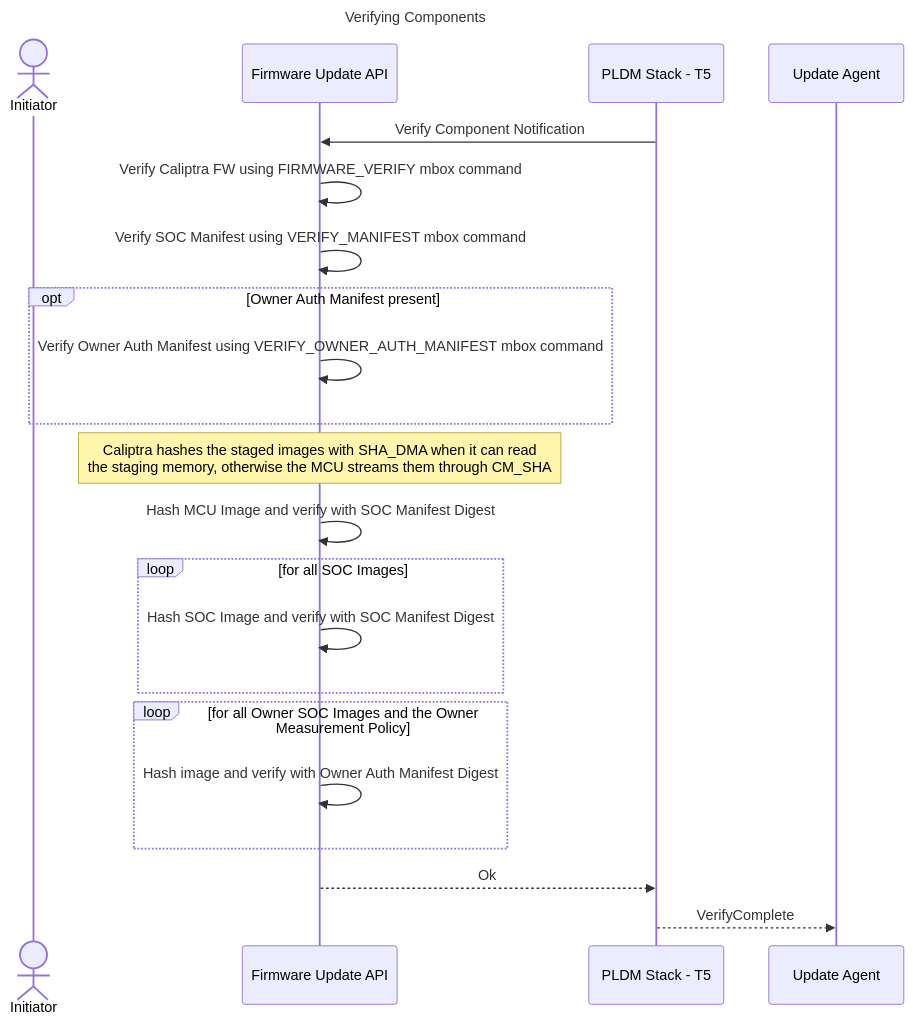
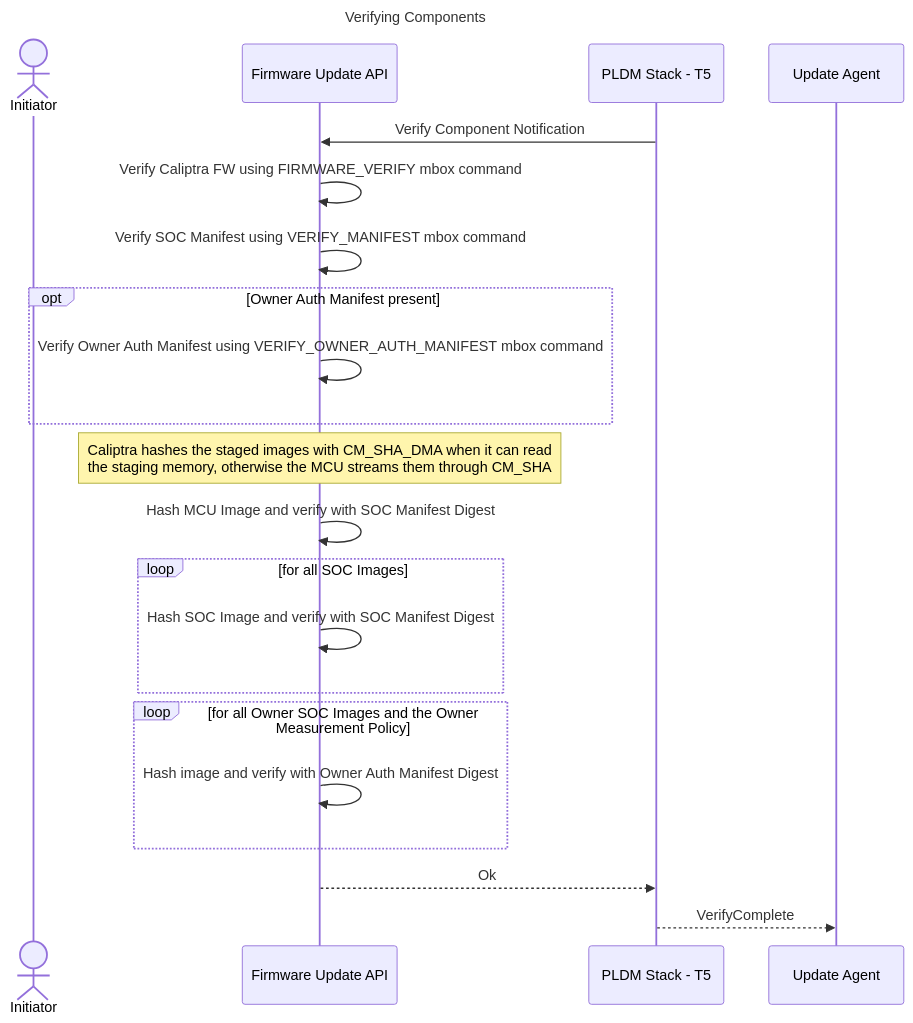
Before and after one commit to chipsalliance/caliptra-mcu-sw: the seventh of 10 diagrams in docs/src/firmware_update.md, drawn with Mermaid. The commit also changed other lines of this file and 8 other files, not shown here.

First line of the commit message:
caliptra-api: follow the CM_SHA_DMA rename

````diff
--- a/docs/src/firmware_update.md
+++ b/docs/src/firmware_update.md
@@ -131,28 +131,28 @@
 ```mermaid
 sequenceDiagram
     title Verifying Components
 
     actor App as Initiator
     participant API as Firmware Update API
     participant Firmware as PLDM Stack - T5
     participant PLDM as Update Agent
 
     Firmware->>API: Verify Component Notification
 
     API->>API: Verify Caliptra FW using FIRMWARE_VERIFY mbox command
     API->>API: Verify SOC Manifest using VERIFY_MANIFEST mbox command
     opt Owner Auth Manifest present
         API->>API: Verify Owner Auth Manifest using VERIFY_OWNER_AUTH_MANIFEST mbox command
     end
-    Note over API: Caliptra hashes the staged images with SHA_DMA when it can read<br/>the staging memory, otherwise the MCU streams them through CM_SHA
+    Note over API: Caliptra hashes the staged images with CM_SHA_DMA when it can read<br/>the staging memory, otherwise the MCU streams them through CM_SHA
     API->>API: Hash MCU Image and verify with SOC Manifest Digest
     loop for all SOC Images
         API->>API: Hash SOC Image and verify with SOC Manifest Digest
     end
     loop for all Owner SOC Images and the Owner Measurement Policy
         API->>API: Hash image and verify with Owner Auth Manifest Digest
     end
 
     API-->>Firmware: Ok
     Firmware-->>PLDM: VerifyComplete
 ```
````
